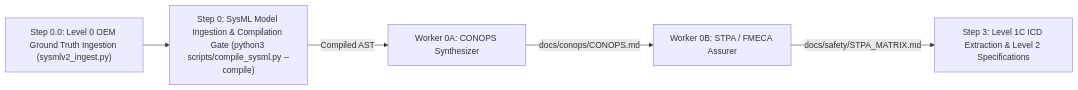
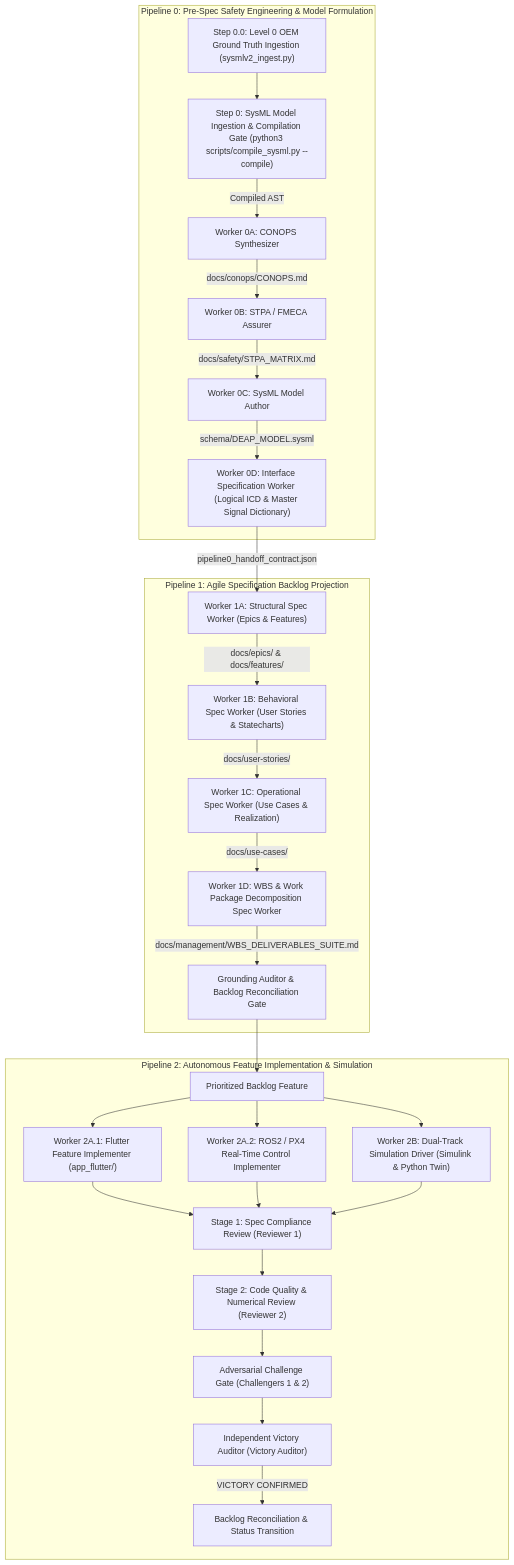
Before and after one commit to gintatkinson/DEAP-profile-flutter-app: the diagram in README.md, drawn with Mermaid. The commit also changed other lines of this file and 313 other files, not shown here.

Commit message:
chore(pipeline): propagate verified Section 5.5 initialization sequence and Antigravity governance (refs #387, refs #386, refs #385, refs #384, refs #383, refs #382, refs #381, refs #380, refs #379, refs #378, refs #372)

````diff
--- a/README.md
+++ b/README.md
@@ -75,7 +74,30 @@
 ```mermaid
-flowchart LR
-    Step00["Step 0.0: Level 0 OEM Ground Truth Ingestion (sysmlv2_ingest.py)"] --> Step0["Step 0: SysML Model Ingestion & Compilation Gate (python3 scripts/compile_sysml.py --compile)"]
-    Step0 -->|"Compiled AST"| Worker_0A["Worker 0A: CONOPS Synthesizer"]
-    Worker_0A -->|"docs/conops/CONOPS.md"| Worker_0B["Worker 0B: STPA / FMECA Assurer"]
-    Worker_0B -->|"docs/safety/STPA_MATRIX.md"| Step3["Step 3: Level 1C ICD Extraction & Level 2 Specifications"]
+flowchart TD
+    subgraph P0["Pipeline 0: Pre-Spec Safety Engineering & Model Formulation"]
+        Step00["Step 0.0: Level 0 OEM Ground Truth Ingestion (sysmlv2_ingest.py)"] --> Step0["Step 0: SysML Model Ingestion & Compilation Gate (python3 scripts/compile_sysml.py --compile)"]
+        Step0 -->|"Compiled AST"| W0A["Worker 0A: CONOPS Synthesizer"]
+        W0A -->|"docs/conops/CONOPS.md"| W0B["Worker 0B: STPA / FMECA Assurer"]
+        W0B -->|"docs/safety/STPA_MATRIX.md"| W0C["Worker 0C: SysML Model Author"]
+        W0C -->|"schema/DEAP_MODEL.sysml"| W0D["Worker 0D: Interface Specification Worker (Logical ICD & Master Signal Dictionary)"]
+    end
+
+    subgraph P1["Pipeline 1: Agile Specification Backlog Projection"]
+        W0D -->|"pipeline0_handoff_contract.json"| W1A["Worker 1A: Structural Spec Worker (Epics & Features)"]
+        W1A -->|"docs/epics/ & docs/features/"| W1B["Worker 1B: Behavioral Spec Worker (User Stories & Statecharts)"]
+        W1B -->|"docs/user-stories/"| W1C["Worker 1C: Operational Spec Worker (Use Cases & Realization)"]
+        W1C -->|"docs/use-cases/"| W1D["Worker 1D: WBS & Work Package Decomposition Spec Worker"]
+        W1D -->|"docs/management/WBS_DELIVERABLES_SUITE.md"| Reconcile["Grounding Auditor & Backlog Reconciliation Gate"]
+    end
+
+    subgraph P2["Pipeline 2: Autonomous Feature Implementation & Simulation"]
+        Reconcile --> Backlog["Prioritized Backlog Feature"]
+        Backlog --> W2A1["Worker 2A.1: Flutter Feature Implementer (app_flutter/)"]
+        Backlog --> W2A2["Worker 2A.2: ROS2 / PX4 Real-Time Control Implementer"]
+        Backlog --> W2B["Worker 2B: Dual-Track Simulation Driver (Simulink & Python Twin)"]
+        W2A1 & W2A2 & W2B --> Rev1["Stage 1: Spec Compliance Review (Reviewer 1)"]
+        Rev1 --> Rev2["Stage 2: Code Quality & Numerical Review (Reviewer 2)"]
+        Rev2 --> Chall["Adversarial Challenge Gate (Challengers 1 & 2)"]
+        Chall --> Victory["Independent Victory Auditor (Victory Auditor)"]
+        Victory -->|"VICTORY CONFIRMED"| Release["Backlog Reconciliation & Status Transition"]
+    end
 ```
````
